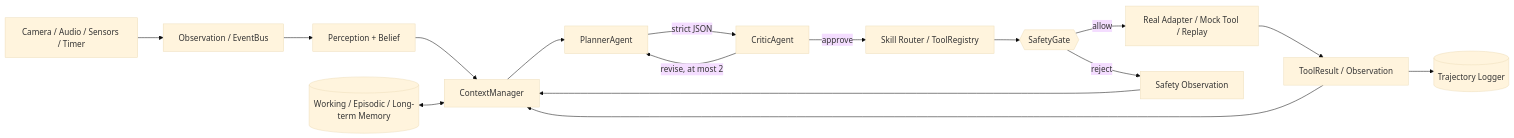
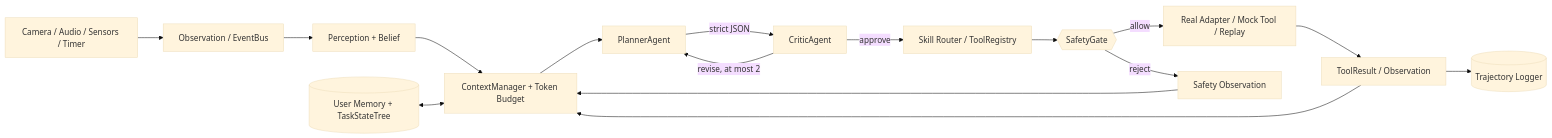
One commit to HarryYi-AI/Guidebot changed the first of 3 diagrams in README.md. Above: the diagram before and after it, drawn with Mermaid (base theme). The commit also changed other lines of this file and 16 other files, not shown here.

Commit message:
Add execution memory and context budgeting

````diff
--- a/README.md
+++ b/README.md
@@ -50,18 +50,18 @@
 ```mermaid
 flowchart LR
     A[Camera / Audio / Sensors / Timer] --> B[Observation / EventBus]
     B --> C[Perception + Belief]
-    C --> D[ContextManager]
-    M[(Working / Episodic / Long-term Memory)] <--> D
+    C --> D[ContextManager + Token Budget]
+    M[(User Memory + TaskStateTree)] <--> D
     D --> P[PlannerAgent]
     P -->|strict JSON| K[CriticAgent]
     K -->|revise, at most 2| P
     K -->|approve| R[Skill Router / ToolRegistry]
     R --> S{{SafetyGate}}
     S -->|allow| X[Real Adapter / Mock Tool / Replay]
     S -->|reject| O[Safety Observation]
     X --> T[ToolResult / Observation]
     O --> D
     T --> D
     T --> L[(Trajectory Logger)]
 ```
````
